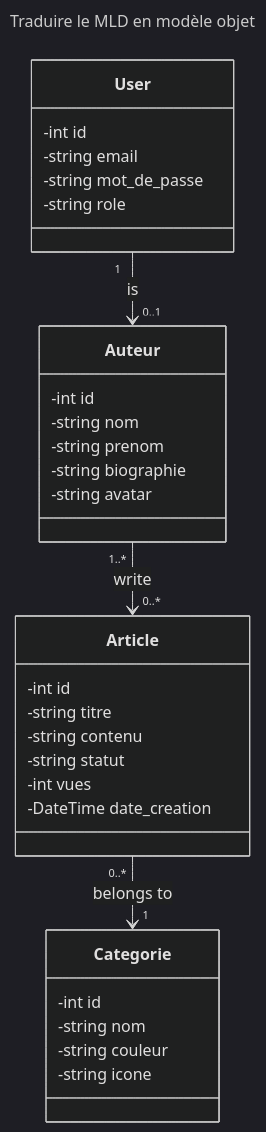
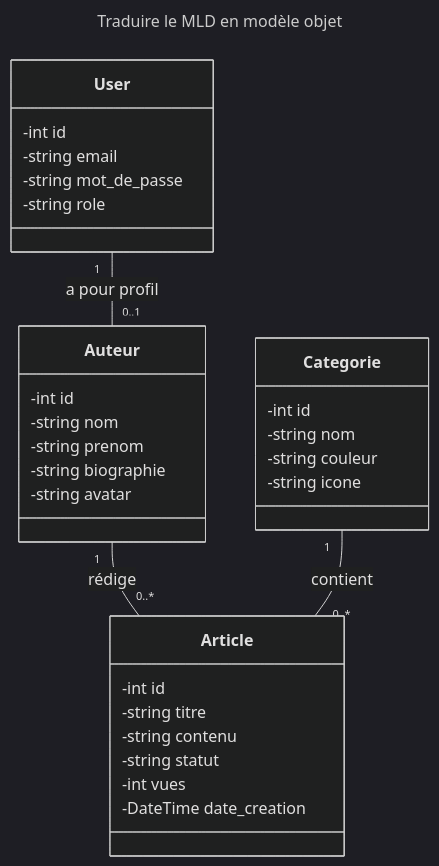
The diagram in Objets/Transformer les relations en associations/conception/classes.mmd (Oussama-Ech-charef/Mobile_Tuto), drawn with Mermaid (dark theme) before and after one commit.

Commit message:
refactor class diagram relationships for clarity

```diff
--- a/Objets/Transformer les relations en associations/conception/classes.mmd
+++ b/Objets/Transformer les relations en associations/conception/classes.mmd
@@ -1,39 +1,39 @@
 ---
 title: Traduire le MLD en modèle objet
 ---
 classDiagram
     class User{
         -int id
         -string email
         -string mot_de_passe
         -string role
 
     }
     class Auteur{
         -int id
         -string nom
         -string prenom
         -string biographie
         -string avatar
 
     }
     class Article {
         -int id
         -string titre
         -string contenu
         -string statut
         -int vues
         -DateTime date_creation
     }
     class Categorie {
         -int id
         -string nom
         -string couleur
         -string icone
     }
 
 
 
-User "1" --> "0..1" Auteur: is
-Auteur "1..*" --> "0..*" Article: write 
-Article "0..*" --> "1" Categorie: belongs to
+User "1" -- "0..1" Auteur : a pour profil
+Auteur "1" -- "0..*" Article : rédige
+Categorie "1" -- "0..*" Article : contient
```
